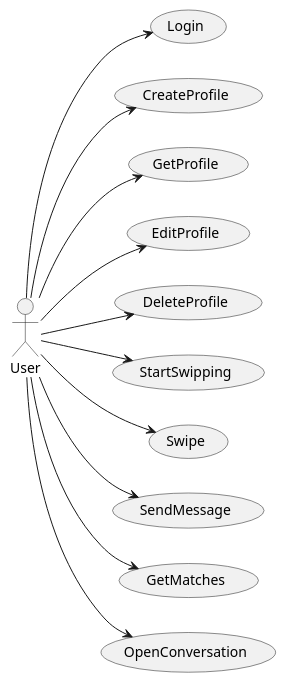
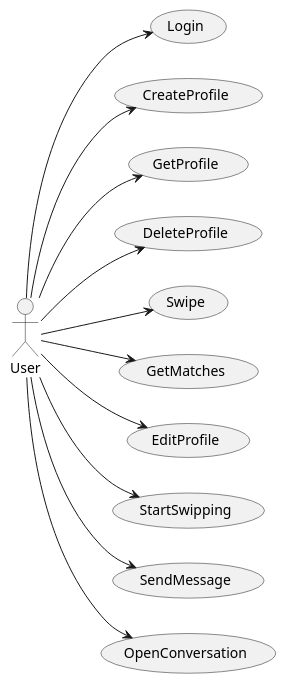
One commit to fraylopez/tinder changed the diagram in docs/src/use-cases/ main.puml. Above: the diagram before and after it, drawn with PlantUML. The commit also changed other lines of this file and 1 other file, not shown here.

```diff
--- a/docs/src/use-cases/ main.puml
+++ b/docs/src/use-cases/ main.puml
@@ -1,31 +1,31 @@
 @startuml
 left to right direction
 
 actor User
 
 usecase Login
 usecase CreateProfile 
 usecase GetProfile 
+usecase DeleteProfile 
+usecase Swipe
+usecase GetMatches
+
 usecase EditProfile 
-usecase DeleteProfile 
 usecase StartSwipping
-usecase Swipe
 usecase SendMessage
-usecase GetMatches
 usecase OpenConversation
-
 
 User --> Login
 User --> CreateProfile
 User --> DeleteProfile
 User --> EditProfile
 User --> GetProfile
 User --> SendMessage
 User --> OpenConversation
 User --> GetMatches
 User --> StartSwipping
 User --> Swipe
 
 
 
 @enduml
```
